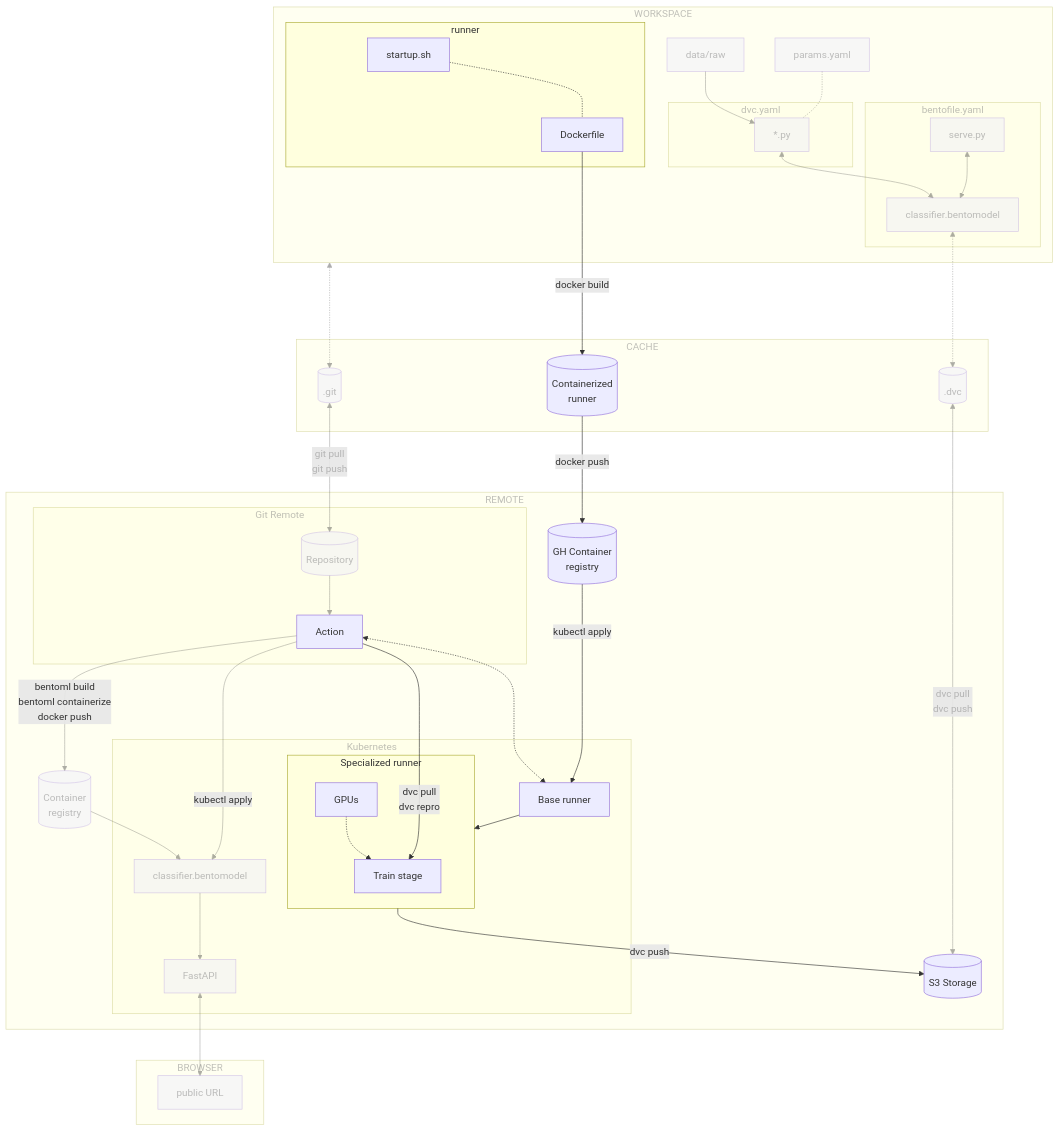
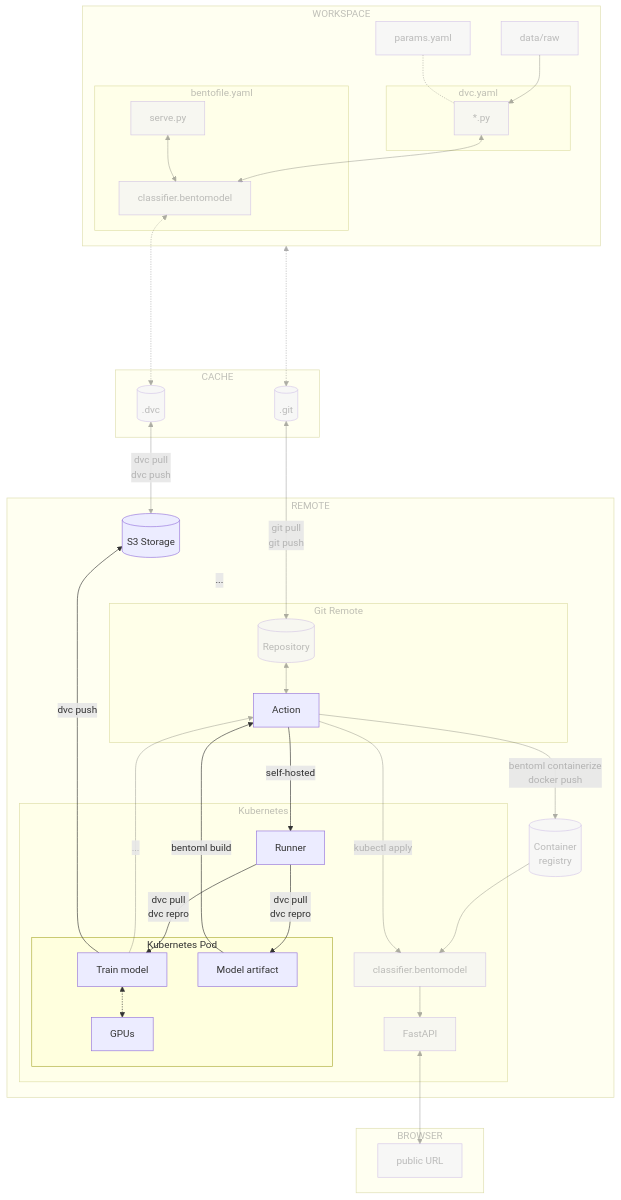
Before and after one commit to swiss-ai-center/a-guide-to-mlops: the diagram in docs/part-3-serve-and-deploy-the-model/chapter-17-train-the-model-on-a-kubernetes-pod.md, drawn with Mermaid. The commit also changed other lines of this file and 1 other file, not shown here.

Commit message:
Udpate mermaid graphs

````diff
--- a/docs/part-3-serve-and-deploy-the-model/chapter-17-train-the-model-on-a-kubernetes-pod.md
+++ b/docs/part-3-serve-and-deploy-the-model/chapter-17-train-the-model-on-a-kubernetes-pod.md
@@ -35,14 +35,11 @@
     dot_git[(.git)] <-->|git pull
                          git push| repository[(Repository)]
     workspaceGraph <-....-> dot_git
-    runner_artifact -->|docker push| registry_docker[(GH Container
-                                                    registry)]
     data[data/raw]
+
     subgraph cacheGraph[CACHE]
         dot_dvc
         dot_git
-        runner_artifact[(Containerized
-                        runner)]
     end
 
     subgraph workspaceGraph[WORKSPACE]
@@ -53,45 +50,39 @@
         params[params.yaml] -.- code
         code <--> bento_model[classifier.bentomodel]
         subgraph bentoGraph[bentofile.yaml]
+            bento_model
             serve[serve.py] <--> bento_model
         end
         bento_model <-.-> dot_dvc
-        subgraph runnerGraph[runner]
-            startup.sh -.- Dockerfile
-        end
-        Dockerfile --> |docker build| runner_artifact
     end
 
     subgraph remoteGraph[REMOTE]
-        registry_docker[(GH Container
-                  registry)]
         s3_storage
         subgraph gitGraph[Git Remote]
-            repository --> action[Action]
+            repository[(Repository)] <--> action[Action]
         end
+        action --> |bentoml containerize
+                    docker push|registry
+        s3_storage -.- |...|repository
+        subgraph clusterGraph[Kubernetes]
+            subgraph clusterPodGraph[Kubernetes Pod]
+                pod_train[Train model] <-.-> k8s_gpu[GPUs]
+                bento_artifact[Model artifact]
+            end
+            pod_runner --> |dvc pull
+                            dvc repro|bento_artifact
+            pod_runner[Runner] -->|dvc pull
+                                   dvc repro| pod_train
+            bento_service_cluster[classifier.bentomodel] --> k8s_fastapi[FastAPI]
+        end
+        bento_artifact -->|bentoml build|action
+        action --> |self-hosted|pod_runner
+        pod_train -->|...| action
+        pod_train -->|dvc push| s3_storage
+
         registry[(Container
-                  registry)]
-        action --> |bentoml build
-                    bentoml containerize
-                    docker push|registry
-
-        subgraph clusterGraph[Kubernetes]
-            base_runner[Base runner]
-            bento_service_cluster[classifier.bentomodel] --> k8s_fastapi[FastAPI]
-            subgraph specialized_runner[Specialized runner]
-                pod_train[Train stage]
-                k8s_gpu[GPUs] -.-> pod_train
-            end
-        end
-        action <-.-> base_runner
-        registry_docker --> |kubectl apply|base_runner
-        registry --> bento_service_cluster
-        specialized_runner --> |dvc push|s3_storage
+                  registry)] --> bento_service_cluster
         action --> |kubectl apply|bento_service_cluster
-
-        base_runner --> specialized_runner
-        action --> |dvc pull
-                    dvc repro|pod_train
     end
 
     subgraph browserGraph[BROWSER]
@@ -121,16 +112,17 @@
     linkStyle 0 opacity:0.4,color:#7f7f7f80
     linkStyle 1 opacity:0.4,color:#7f7f7f80
     linkStyle 2 opacity:0.4,color:#7f7f7f80
-
+    linkStyle 3 opacity:0.4,color:#7f7f7f80
     linkStyle 4 opacity:0.4,color:#7f7f7f80
     linkStyle 5 opacity:0.4,color:#7f7f7f80
     linkStyle 6 opacity:0.4,color:#7f7f7f80
     linkStyle 7 opacity:0.4,color:#7f7f7f80
     linkStyle 8 opacity:0.4,color:#7f7f7f80
-    linkStyle 11 opacity:0.4,color:#7f7f7f8
-    linkStyle 12 opacity:0.4,color:#7f7f7f8
-    linkStyle 13 opacity:0.4,color:#7f7f7f8
-    linkStyle 17 opacity:0.4,color:#7f7f7f8
-    linkStyle 19 opacity:0.4,color:#7f7f7f8
-    linkStyle 22 opacity:0.4,color:#7f7f7f8
+    linkStyle 9 opacity:0.4,color:#7f7f7f80
+    linkStyle 10 opacity:0.0
+    linkStyle 14 opacity:0.4,color:#7f7f7f80
+    linkStyle 17 opacity:0.4,color:#7f7f7f80
+    linkStyle 19 opacity:0.4,color:#7f7f7f80
+    linkStyle 20 opacity:0.4,color:#7f7f7f80
+    linkStyle 21 opacity:0.4,color:#7f7f7f80
 ```
````
